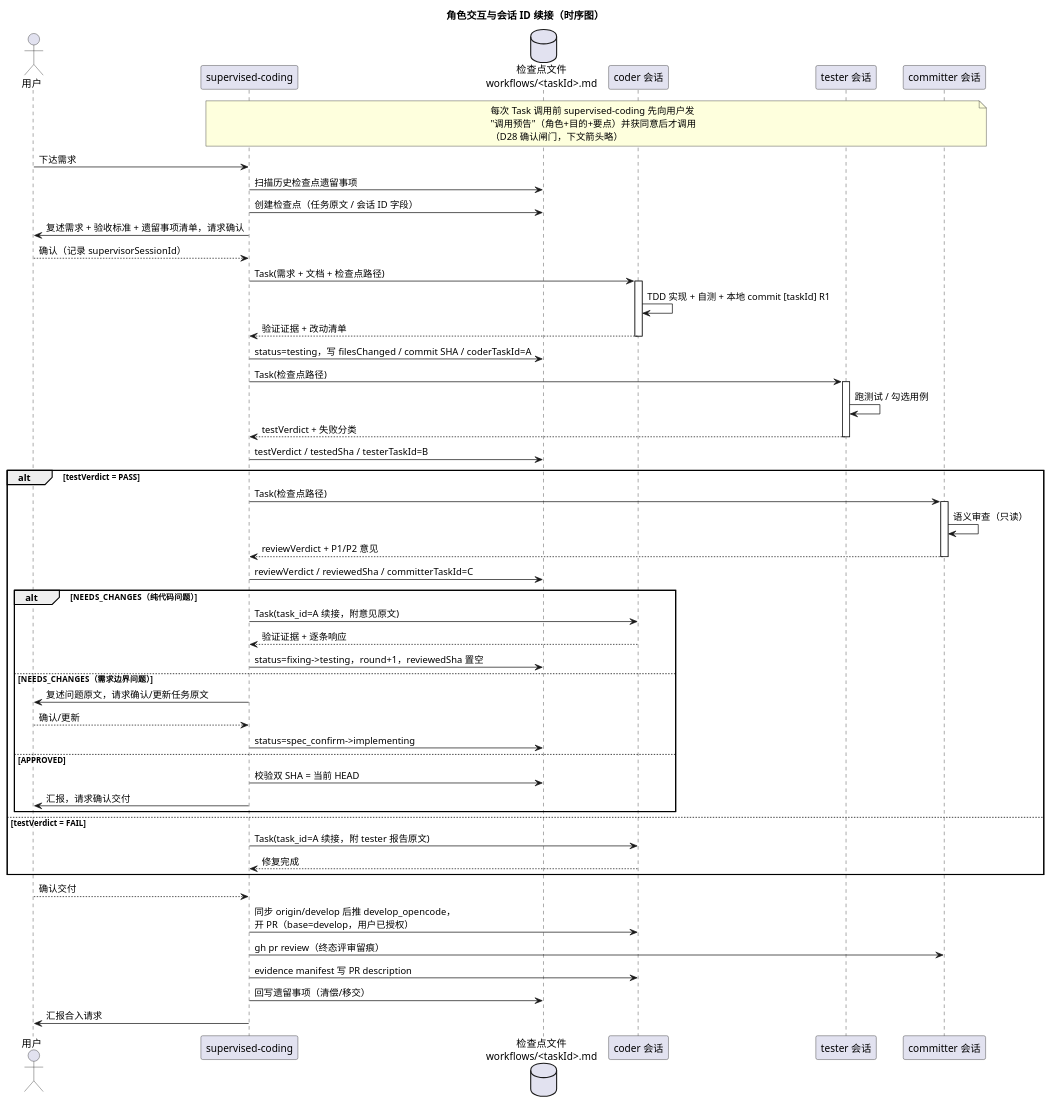
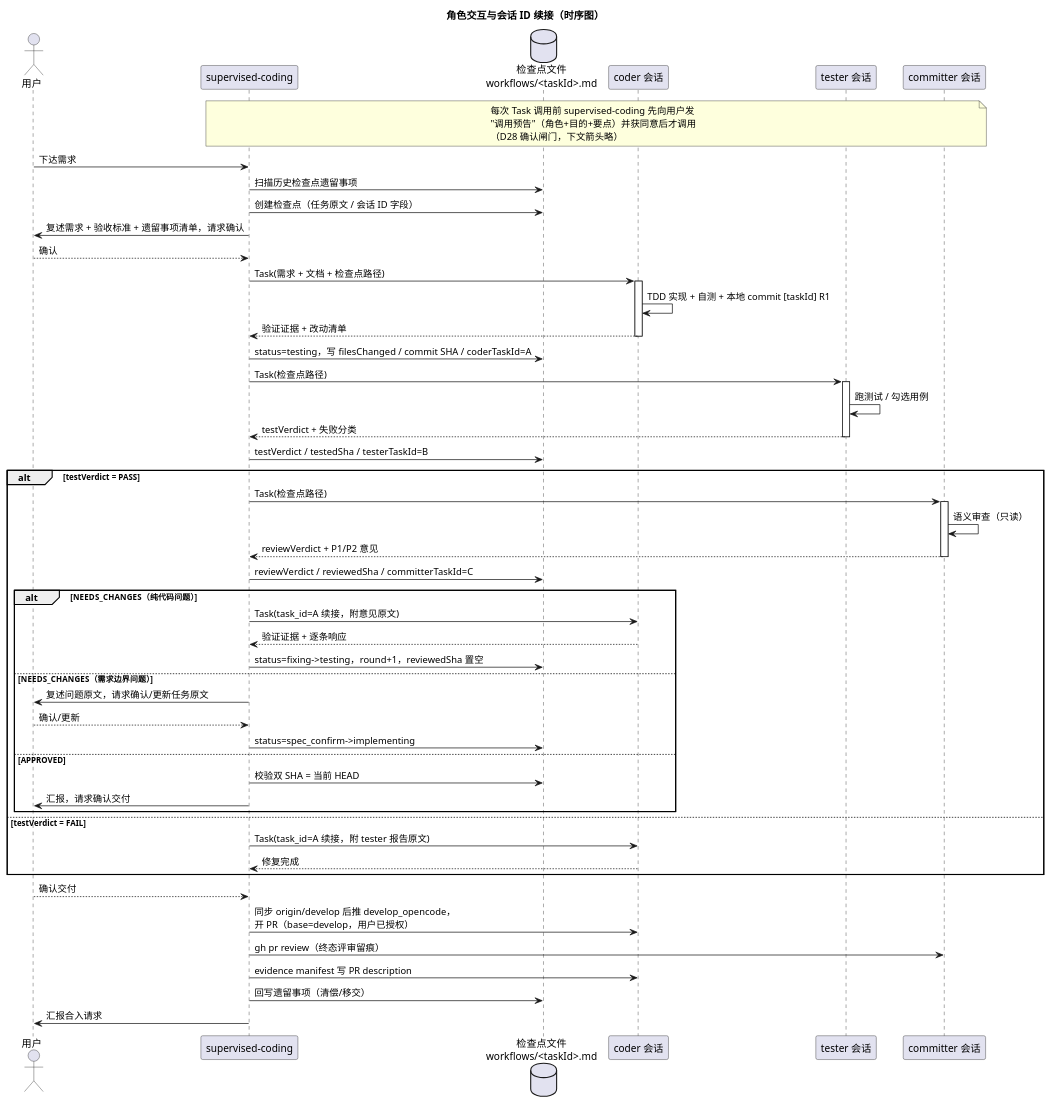
The second of 2 diagrams in .opencode/README.md (yq3/lab), drawn with PlantUML before and after one commit. The commit also changed other lines of this file and 8 other files, not shown here.

````diff
--- a/.opencode/README.md
+++ b/.opencode/README.md
@@ -326,74 +327,74 @@
 ```puml
 @startuml multi-agent-sequence
 title 角色交互与会话 ID 续接（时序图）
 
 actor "用户" as User
 participant "supervised-coding" as Sup
 database "检查点文件\nworkflows/<taskId>.md" as CP
 participant "coder 会话" as Coder
 participant "tester 会话" as Tester
 participant "committer 会话" as Rev
 
 note over Sup, Rev
   每次 Task 调用前 supervised-coding 先向用户发
   "调用预告"（角色+目的+要点）并获同意后才调用
   （D28 确认闸门，下文箭头略）
 end note
 
 User -> Sup: 下达需求
 Sup -> CP: 扫描历史检查点遗留事项
 Sup -> CP: 创建检查点（任务原文 / 会话 ID 字段）
 Sup -> User: 复述需求 + 验收标准 + 遗留事项清单，请求确认
-User --> Sup: 确认（记录 supervisorSessionId）
+User --> Sup: 确认
 
 Sup -> Coder: Task(需求 + 文档 + 检查点路径)
 ' 首次调用，返回 task_id=A
 activate Coder
 Coder -> Coder: TDD 实现 + 自测 + 本地 commit [taskId] R1
 Coder --> Sup: 验证证据 + 改动清单
 deactivate Coder
 Sup -> CP: status=testing，写 filesChanged / commit SHA / coderTaskId=A
 
 Sup -> Tester: Task(检查点路径)
 ' 首次调用，返回 task_id=B
 activate Tester
 Tester -> Tester: 跑测试 / 勾选用例
 Tester --> Sup: testVerdict + 失败分类
 deactivate Tester
 Sup -> CP: testVerdict / testedSha / testerTaskId=B
 
 alt testVerdict = PASS
   Sup -> Rev: Task(检查点路径)
   ' 首次调用，返回 task_id=C
   activate Rev
   Rev -> Rev: 语义审查（只读）
   Rev --> Sup: reviewVerdict + P1/P2 意见
   deactivate Rev
   Sup -> CP: reviewVerdict / reviewedSha / committerTaskId=C
   alt NEEDS_CHANGES（纯代码问题）
     Sup -> Coder: Task(task_id=A 续接，附意见原文)
     ' 复用同一 coder 会话，上下文连续
     Coder --> Sup: 验证证据 + 逐条响应
     Sup -> CP: status=fixing->testing，round+1，reviewedSha 置空
   else NEEDS_CHANGES（需求边界问题）
     Sup -> User: 复述问题原文，请求确认/更新任务原文
     User --> Sup: 确认/更新
     Sup -> CP: status=spec_confirm->implementing
   else APPROVED
     Sup -> CP: 校验双 SHA = 当前 HEAD
     Sup -> User: 汇报，请求确认交付
   end
 else testVerdict = FAIL
   Sup -> Coder: Task(task_id=A 续接，附 tester 报告原文)
   Coder --> Sup: 修复完成
 end
 
 User --> Sup: 确认交付
 Sup -> Coder: 同步 origin/develop 后推 develop_opencode，\n开 PR（base=develop，用户已授权）
 Sup -> Rev: gh pr review（终态评审留痕）
 Sup -> Coder: evidence manifest 写 PR description
 Sup -> CP: 回写遗留事项（清偿/移交）
 Sup -> User: 汇报合入请求
 
 @enduml
 ```
````
